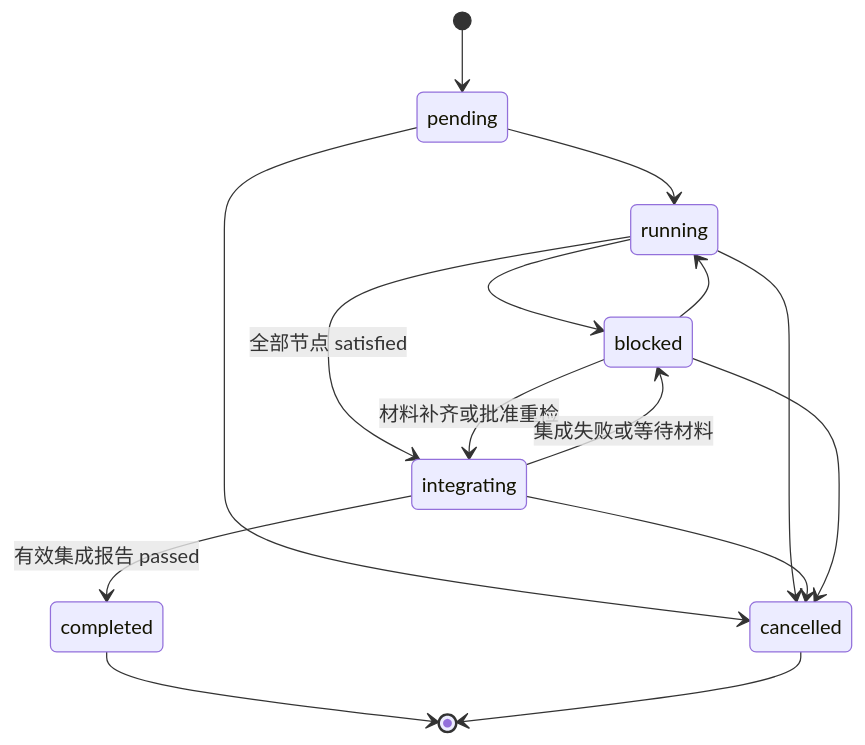
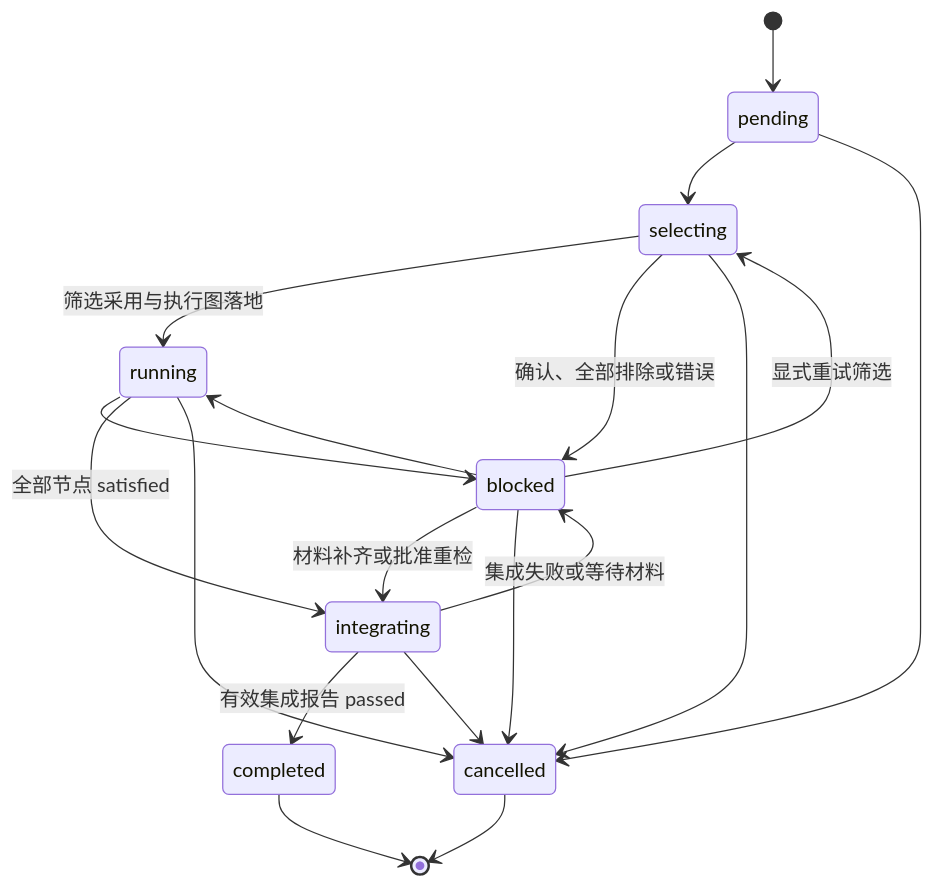
The third of 5 diagrams in design/02-requirement.md (LingMessy/facetloom), drawn with Mermaid before and after one commit. The commit also changed other lines of this file and 9 other files, not shown here.

````diff
--- a/design/02-requirement.md
+++ b/design/02-requirement.md
@@ -214,17 +221,21 @@
 ```mermaid
 stateDiagram-v2
     [*] --> pending
-    pending --> running
+    pending --> selecting
+    selecting --> running: 筛选采用与执行图落地
+    selecting --> blocked: 确认、全部排除或错误
+    selecting --> cancelled
+    blocked --> selecting: 显式重试筛选
     pending --> cancelled
     running --> blocked
     running --> integrating: 全部节点 satisfied
     running --> cancelled
     blocked --> running
     blocked --> integrating: 材料补齐或批准重检
     integrating --> blocked: 集成失败或等待材料
     integrating --> completed: 有效集成报告 passed
     integrating --> cancelled
     blocked --> cancelled
     completed --> [*]
     cancelled --> [*]
 ```
````
